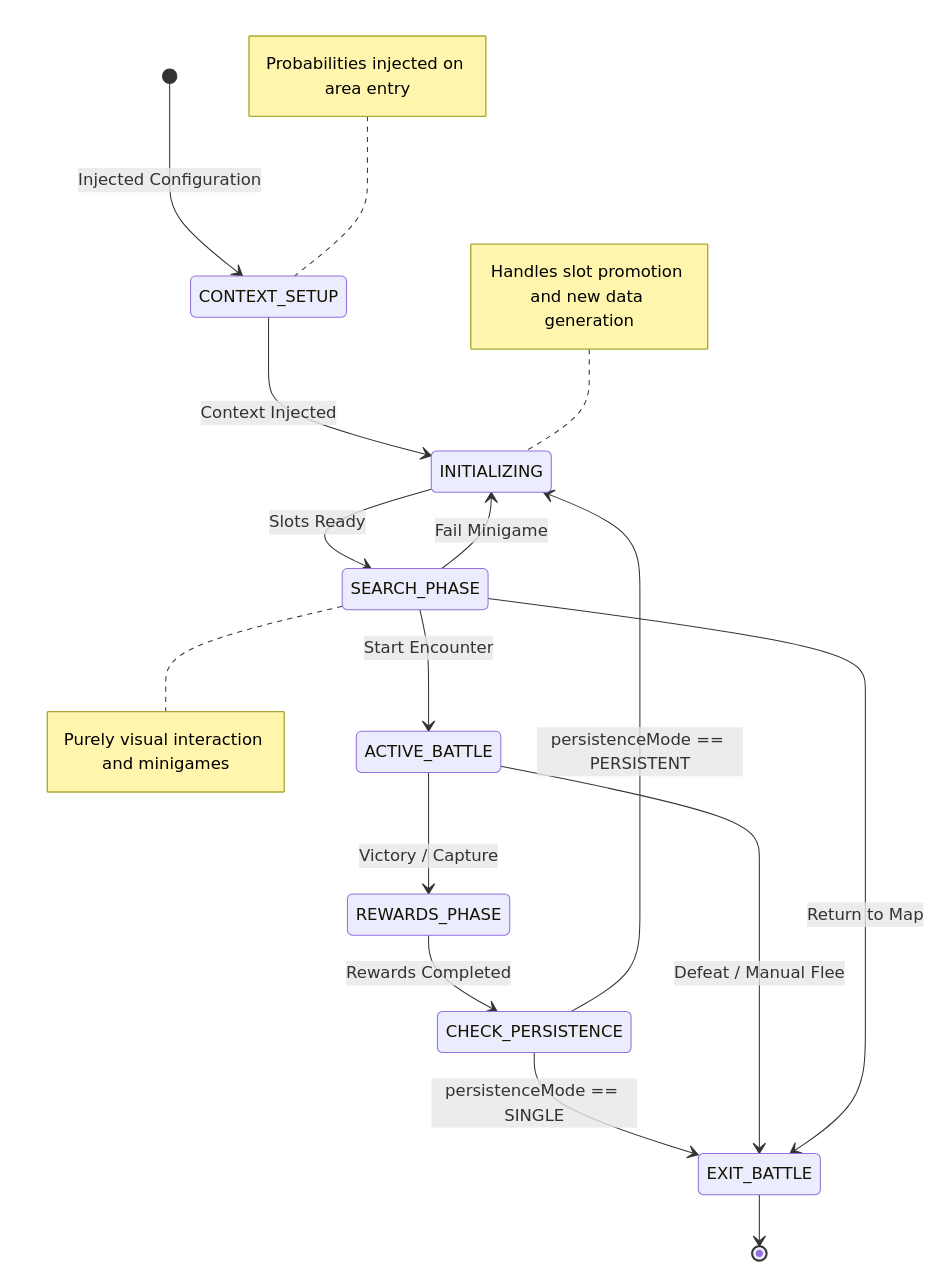
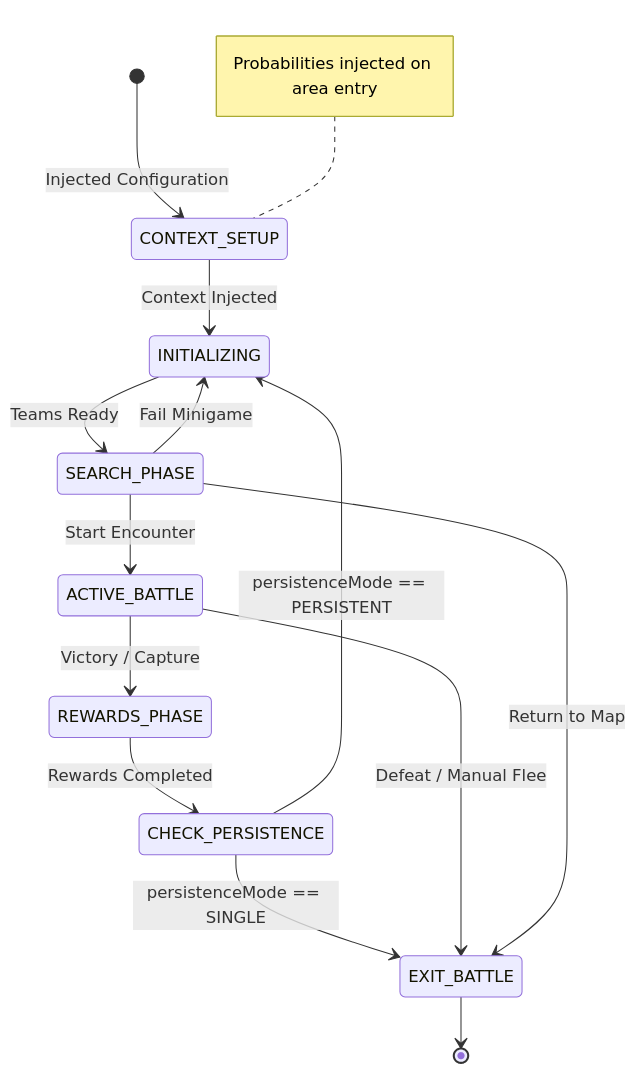
Before and after one commit to Darkham77/PokeBorrador: the second of 18 diagrams in .agents/skills/project-standards/references/battle/battle_mechanics_manual.md, drawn with Mermaid. The commit also changed other lines of this file and 20 other files, not shown here.

````diff
--- a/.agents/skills/project-standards/references/battle/battle_mechanics_manual.md
+++ b/.agents/skills/project-standards/references/battle/battle_mechanics_manual.md
@@ -383,26 +375,24 @@
 ```mermaid
 stateDiagram-v2
     [*] --> CONTEXT_SETUP : Injected Configuration
     CONTEXT_SETUP --> INITIALIZING : Context Injected
     
-    INITIALIZING --> SEARCH_PHASE : Slots Ready
+    INITIALIZING --> SEARCH_PHASE : Teams Ready
     
     REWARDS_PHASE --> CHECK_PERSISTENCE : Rewards Completed
     
     state CHECK_PERSISTENCE <<choice>>
     CHECK_PERSISTENCE --> INITIALIZING : persistenceMode == PERSISTENT
     CHECK_PERSISTENCE --> EXIT_BATTLE : persistenceMode == SINGLE
     
     ACTIVE_BATTLE --> EXIT_BATTLE : Defeat / Manual Flee
     ACTIVE_BATTLE --> REWARDS_PHASE : Victory / Capture
     
     SEARCH_PHASE --> ACTIVE_BATTLE : Start Encounter
     SEARCH_PHASE --> EXIT_BATTLE : Return to Map
     SEARCH_PHASE --> INITIALIZING : Fail Minigame
     
     EXIT_BATTLE --> [*]
     
     note left of CONTEXT_SETUP: Probabilities injected on area entry
-    note left of INITIALIZING: Handles slot promotion and new data generation
-    note right of SEARCH_PHASE: Purely visual interaction and minigames
 ```
````
